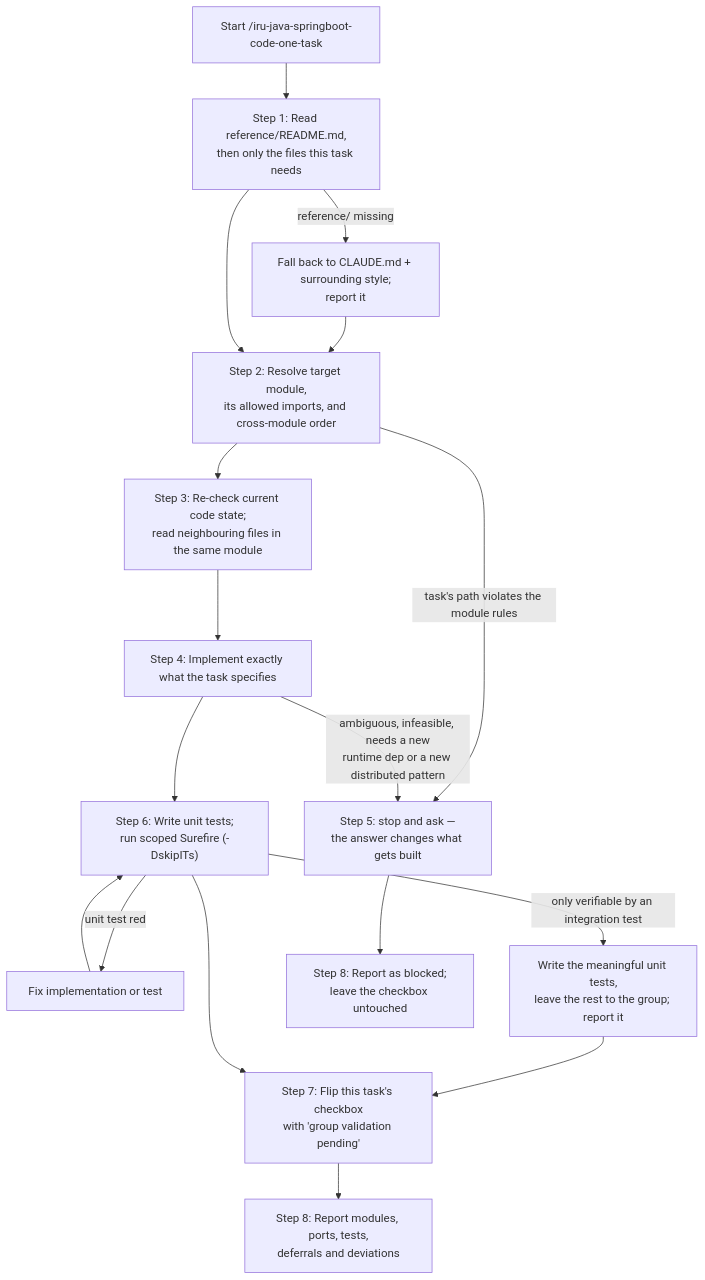
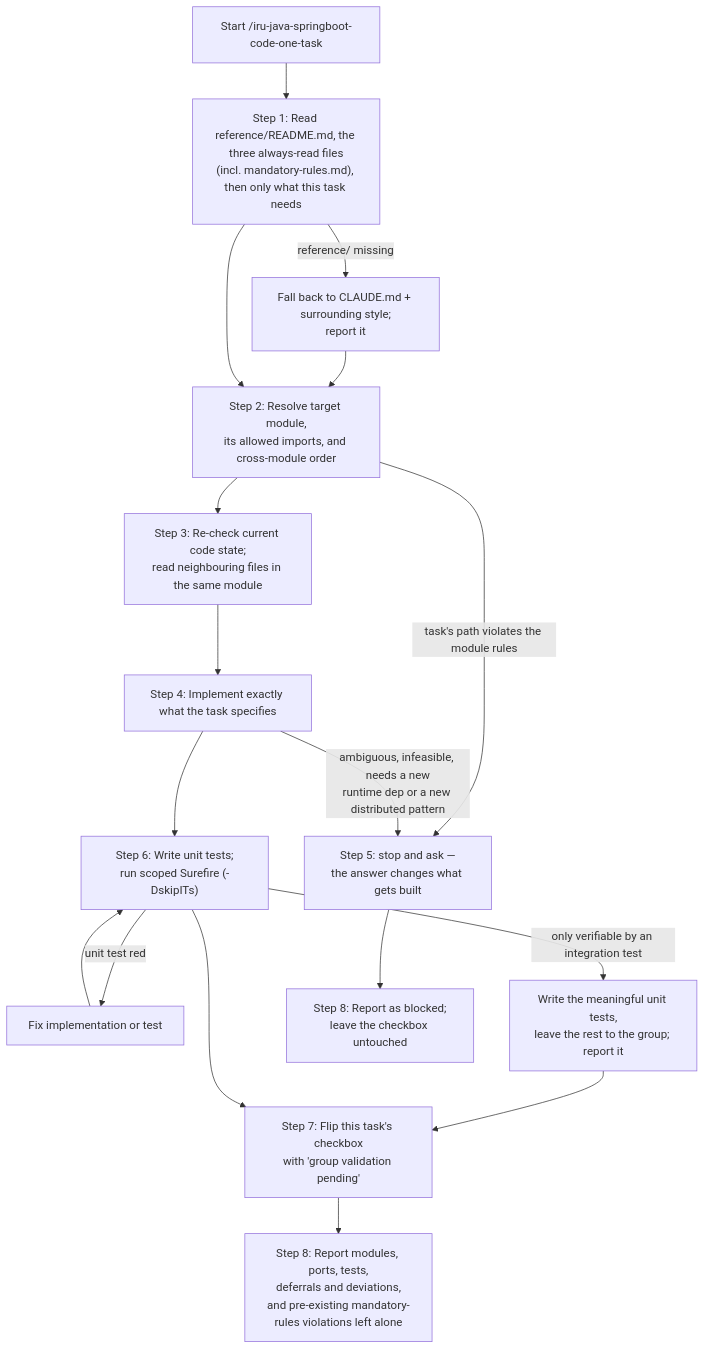
One commit to albertoirurueta/ai-catalog changed the diagram in docs/modules/ROOT/pages/skills/iru-java-springboot-code-one-task.adoc. Above: the diagram before and after it, drawn with Mermaid. The commit also changed other lines of this file and 87 other files, not shown here.

```diff
--- a/docs/modules/ROOT/pages/skills/iru-java-springboot-code-one-task.adoc
+++ b/docs/modules/ROOT/pages/skills/iru-java-springboot-code-one-task.adoc
@@ -133,20 +150,20 @@
 [mermaid]
 ....
 flowchart TD
-    A["Start /iru-java-springboot-code-one-task"] --> B["Step 1: Read reference/README.md,\nthen only the files this task needs"]
+    A["Start /iru-java-springboot-code-one-task"] --> B["Step 1: Read reference/README.md, the three always-read files\n(incl. mandatory-rules.md), then only what this task needs"]
     B -- reference/ missing --> B2["Fall back to CLAUDE.md + surrounding style;\nreport it"]
     B2 --> C
     B --> C["Step 2: Resolve target module,\nits allowed imports, and cross-module order"]
     C -- task's path violates the module rules --> STOP["Step 5: stop and ask —\nthe answer changes what gets built"]
     C --> D["Step 3: Re-check current code state;\nread neighbouring files in the same module"]
     D --> E["Step 4: Implement exactly what the task specifies"]
     E -->|"ambiguous, infeasible, needs a new\nruntime dep or a new distributed pattern"| STOP
     E --> F["Step 6: Write unit tests;\nrun scoped Surefire (-DskipITs)"]
     F -- unit test red --> G["Fix implementation or test"]
     G --> F
     F -- only verifiable by an integration test --> H["Write the meaningful unit tests,\nleave the rest to the group; report it"]
     H --> I
     F --> I["Step 7: Flip this task's checkbox\nwith 'group validation pending'"]
     STOP --> J["Step 8: Report as blocked;\nleave the checkbox untouched"]
-    I --> K["Step 8: Report modules, ports, tests,\ndeferrals and deviations"]
+    I --> K["Step 8: Report modules, ports, tests,\ndeferrals and deviations,\nand pre-existing mandatory-rules violations left alone"]
 ....
```
